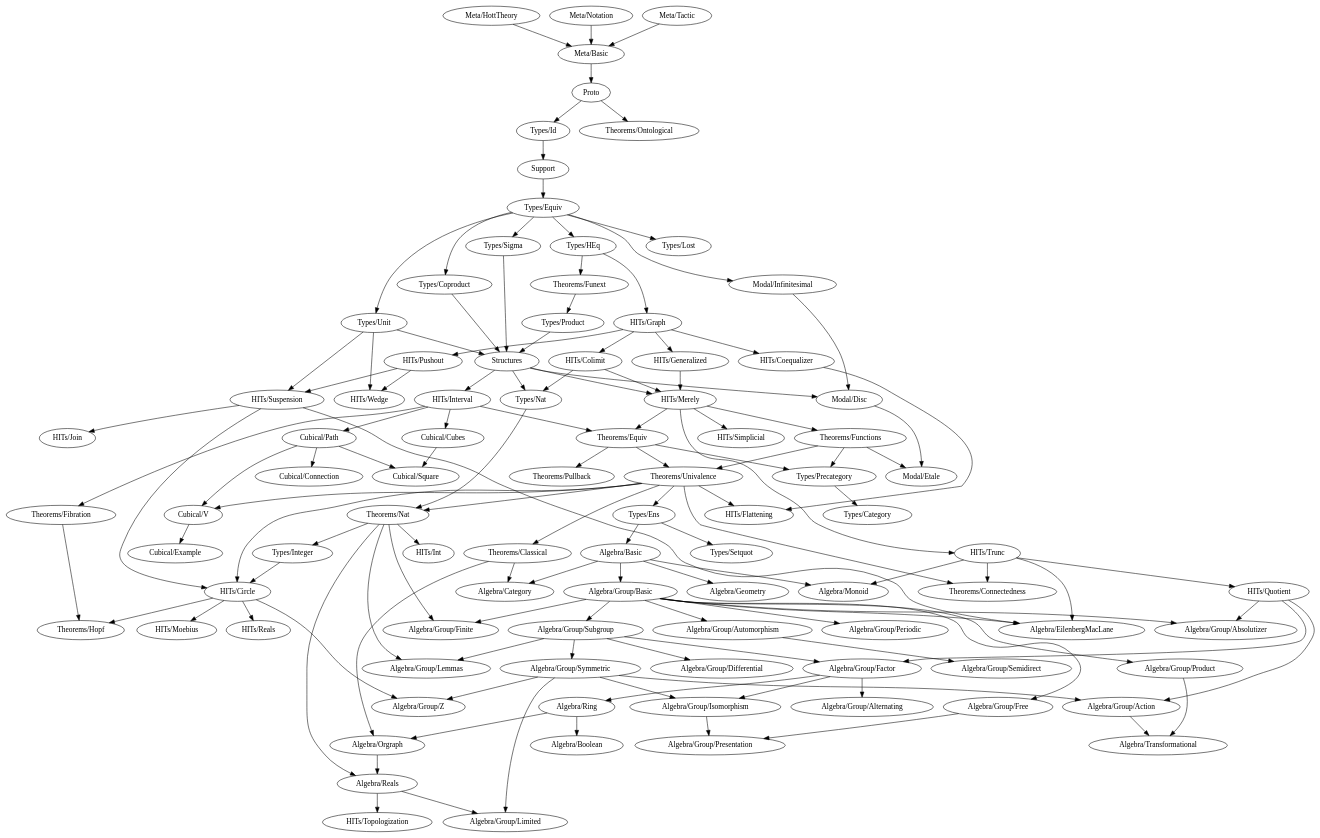
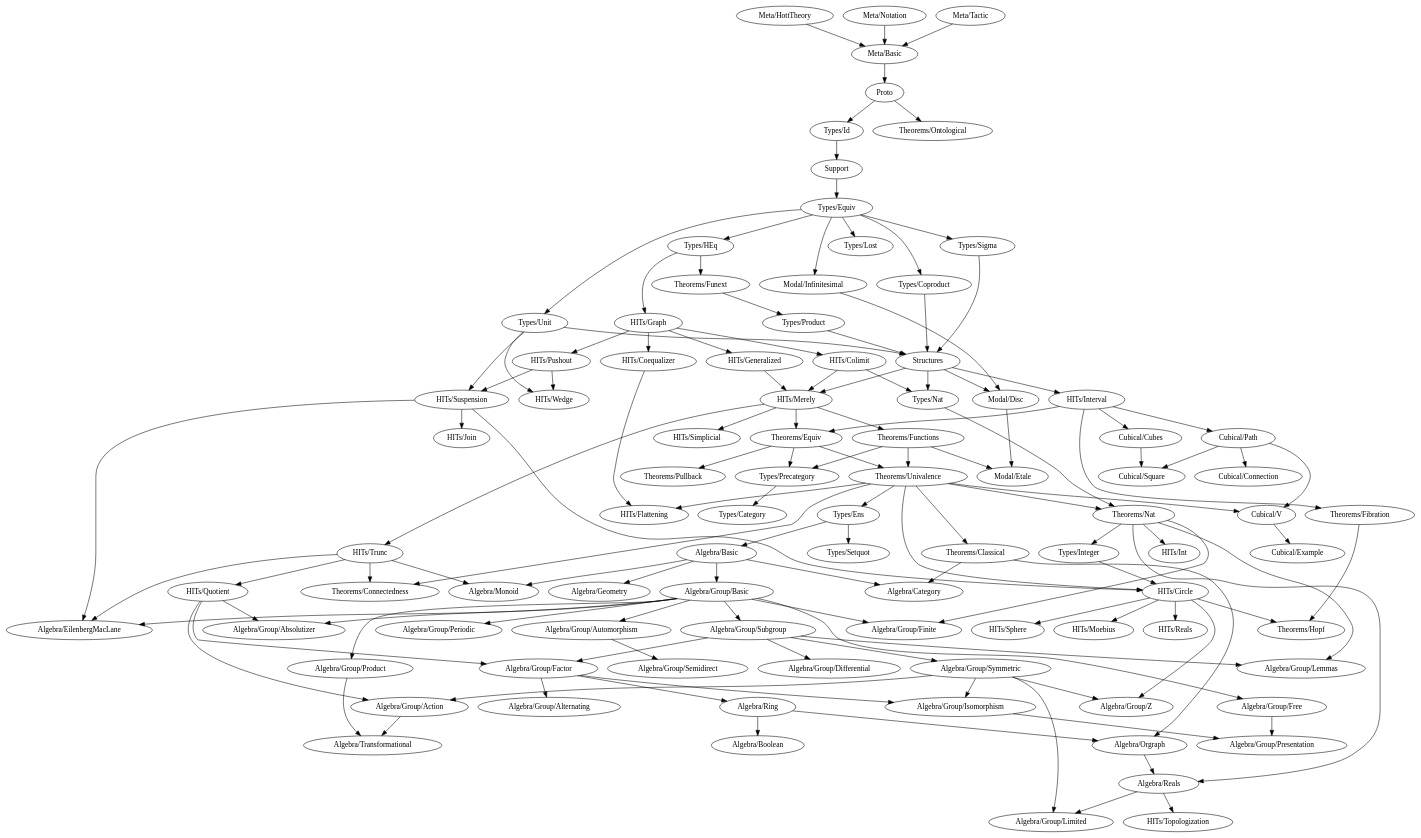
Before and after one commit to forked-from-1kasper/ground_zero: the diagram in dependency-map.gv, drawn with Graphviz. The commit also changed 3 other files, not shown here.

```diff
--- a/dependency-map.gv
+++ b/dependency-map.gv
@@ -102,7 +102,8 @@
       "Algebra/Group/Z",
       "Theorems/Hopf",
       "HITs/Moebius",
-      "HITs/Reals"
+      "HITs/Reals",
+      "HITs/Sphere"
     }
     "HITs/Coequalizer" -> { "HITs/Flattening" }
     "HITs/Colimit" -> { "HITs/Merely", "Types/Nat" }
@@ -139,6 +140,7 @@
     }
     "HITs/Reals"
     "HITs/Simplicial"
+    "HITs/Sphere"
     "HITs/Suspension" -> { "Algebra/EilenbergMacLane", "HITs/Circle", "HITs/Join" }
     "HITs/Topologization"
     "HITs/Trunc" -> {
@@ -178,6 +180,7 @@
 
   subgraph Theorems {
     "Theorems/Classical" -> { "Algebra/Category", "Algebra/Orgraph" }
+    "Theorems/Connectedness"
     "Theorems/Fibration" -> { "Theorems/Hopf" }
     "Theorems/Functions" -> {
       "Modal/Etale",
```
